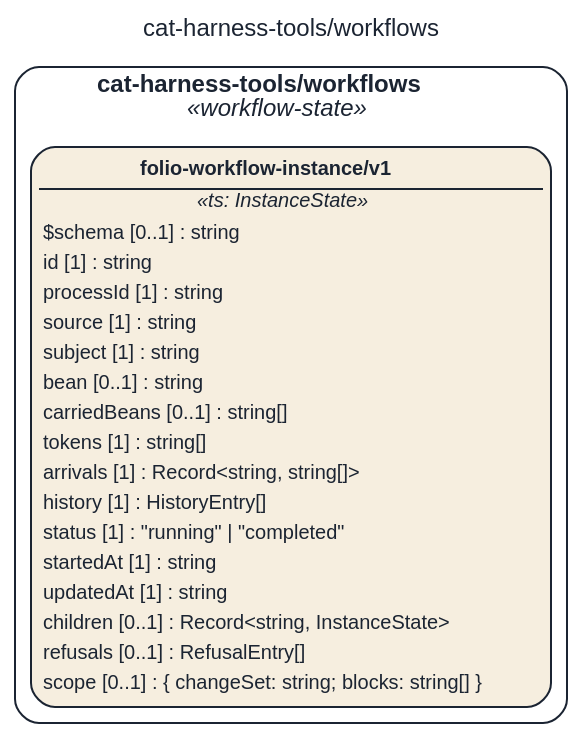
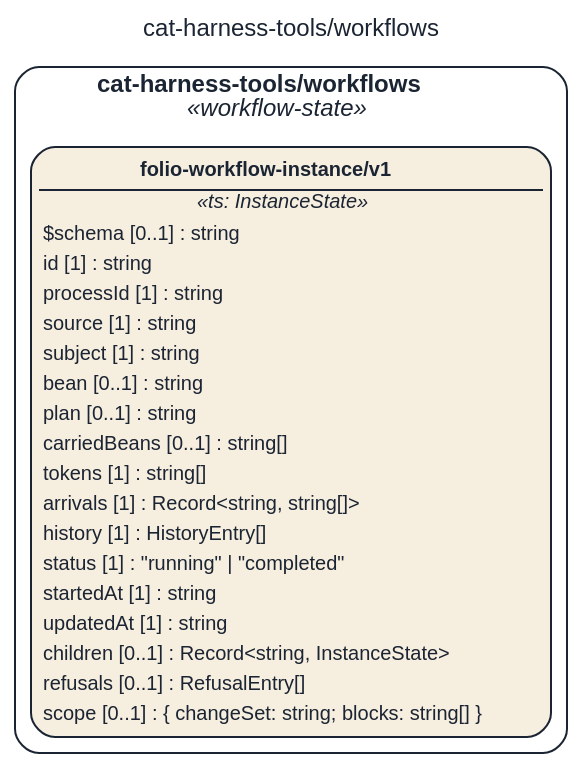
Before and after one commit to litlfred/folio-assistant: the diagram in assets/img/uml/overview/cat-harness-tools/workflows.dot, drawn with Graphviz. The commit also changed 14697 other files, not shown here.

```diff
--- a/assets/img/uml/overview/cat-harness-tools/workflows.dot
+++ b/assets/img/uml/overview/cat-harness-tools/workflows.dot
@@ -1,11 +1,11 @@
 // GENERATED by cat-harness-tools/scripts/gen-uml-overview.ts — do not edit.
 // Rendered page (interactive view, same model): https://litlfred.github.io/folio-assistant/uml/overview/cat-harness-tools/workflows.html
 digraph "cat_harness_tools_workflows" {
   graph [label="cat-harness-tools/workflows", labelloc=t, fontname="Helvetica", fontsize=12, fontcolor="#1b2432", newrank=true, ratio=auto, nodesep=0.3, ranksep=0.5, bgcolor="transparent"];
   node [shape=box, style="rounded,filled", margin=0.05, fontname="Helvetica", fontsize=10, color="#1b2432", fontcolor="#1b2432"];
   edge [color="#1b2432", fontcolor="#1b2432", fontname="Helvetica", fontsize=9];
   subgraph "cluster_pkg_cat_harness_tools_workflows" {
     label=<<b>cat-harness-tools/workflows</b><br/><i>«workflow-state»</i>>; style="rounded"; color="#1b2432"; class="fa_uml_subgraph";
-    "cat_harness_tools_workflows_folio_workflow_instance_v1" [fillcolor="#f6eedf", class="fa_uml_kind_workflow_state", label=<<table border="0" cellborder="0" cellspacing="0" cellpadding="2"><tr><td border="1" sides="b"><b>folio-workflow-instance/v1</b></td></tr><tr><td><i>«ts: InstanceState»</i></td></tr><tr><td align="left">$schema [0..1] : string</td></tr><tr><td align="left">id [1] : string</td></tr><tr><td align="left">processId [1] : string</td></tr><tr><td align="left">source [1] : string</td></tr><tr><td align="left">subject [1] : string</td></tr><tr><td align="left">bean [0..1] : string</td></tr><tr><td align="left">carriedBeans [0..1] : string[]</td></tr><tr><td align="left">tokens [1] : string[]</td></tr><tr><td align="left">arrivals [1] : Record&lt;string, string[]&gt;</td></tr><tr><td align="left">history [1] : HistoryEntry[]</td></tr><tr><td align="left">status [1] : &quot;running&quot; | &quot;completed&quot;</td></tr><tr><td align="left">startedAt [1] : string</td></tr><tr><td align="left">updatedAt [1] : string</td></tr><tr><td align="left">children [0..1] : Record&lt;string, InstanceState&gt;</td></tr><tr><td align="left">refusals [0..1] : RefusalEntry[]</td></tr><tr><td align="left">scope [0..1] : { changeSet: string; blocks: string[] }</td></tr></table>>];
+    "cat_harness_tools_workflows_folio_workflow_instance_v1" [fillcolor="#f6eedf", class="fa_uml_kind_workflow_state", label=<<table border="0" cellborder="0" cellspacing="0" cellpadding="2"><tr><td border="1" sides="b"><b>folio-workflow-instance/v1</b></td></tr><tr><td><i>«ts: InstanceState»</i></td></tr><tr><td align="left">$schema [0..1] : string</td></tr><tr><td align="left">id [1] : string</td></tr><tr><td align="left">processId [1] : string</td></tr><tr><td align="left">source [1] : string</td></tr><tr><td align="left">subject [1] : string</td></tr><tr><td align="left">bean [0..1] : string</td></tr><tr><td align="left">plan [0..1] : string</td></tr><tr><td align="left">carriedBeans [0..1] : string[]</td></tr><tr><td align="left">tokens [1] : string[]</td></tr><tr><td align="left">arrivals [1] : Record&lt;string, string[]&gt;</td></tr><tr><td align="left">history [1] : HistoryEntry[]</td></tr><tr><td align="left">status [1] : &quot;running&quot; | &quot;completed&quot;</td></tr><tr><td align="left">startedAt [1] : string</td></tr><tr><td align="left">updatedAt [1] : string</td></tr><tr><td align="left">children [0..1] : Record&lt;string, InstanceState&gt;</td></tr><tr><td align="left">refusals [0..1] : RefusalEntry[]</td></tr><tr><td align="left">scope [0..1] : { changeSet: string; blocks: string[] }</td></tr></table>>];
   }
 }
```
